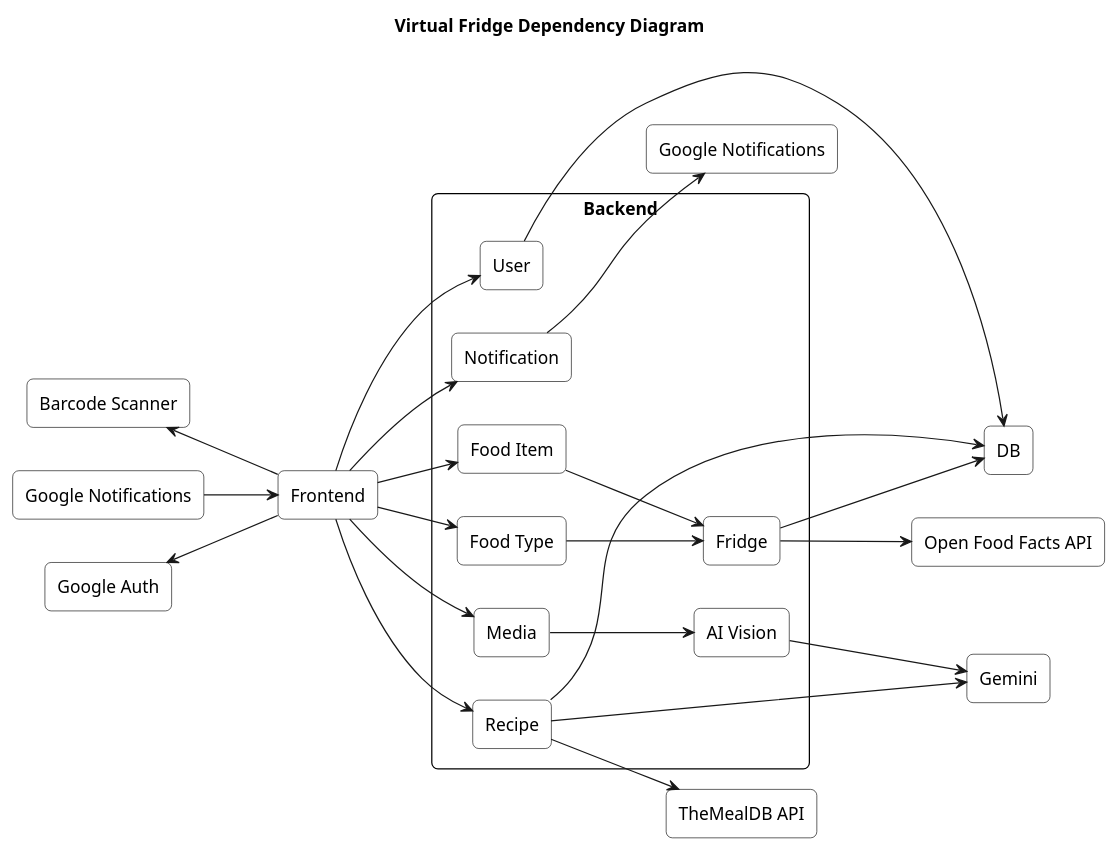
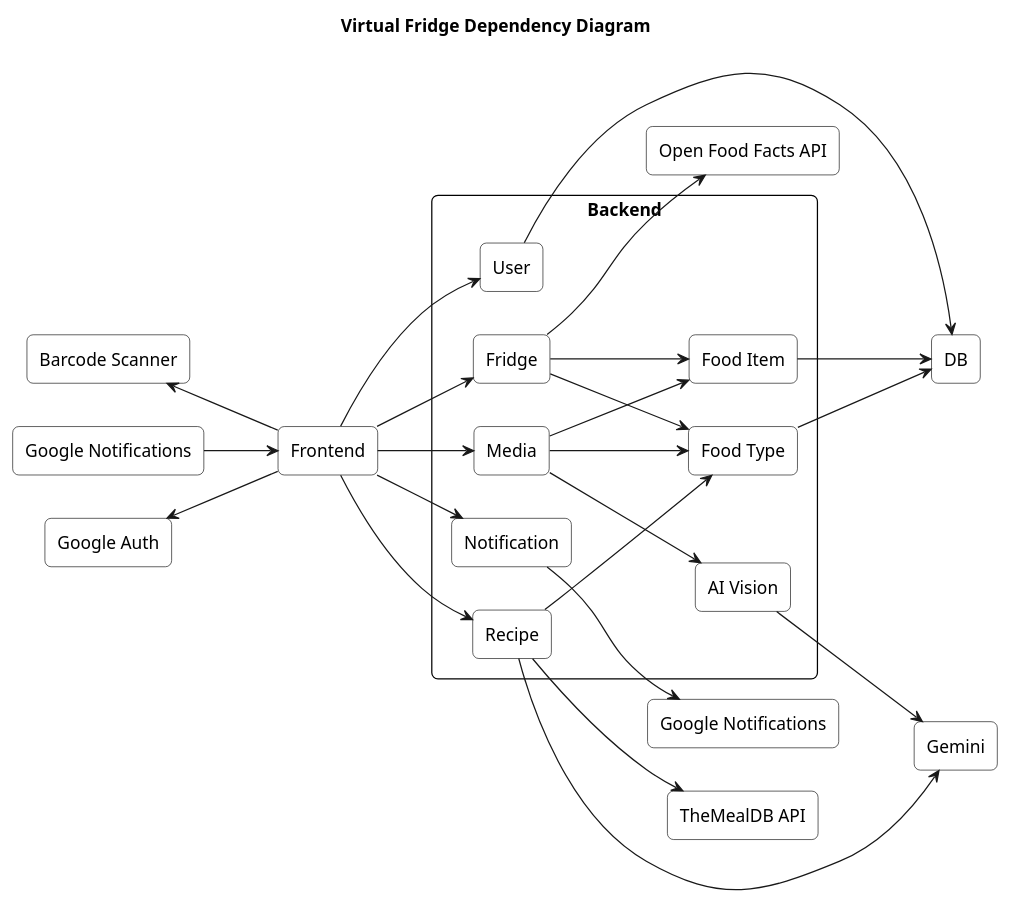
One commit to virtualfridge/virtualfridge changed the diagram in documentation/diagrams/dependencyDiagram.plantuml. Above: the diagram before and after it, drawn with PlantUML. The commit also changed 2 other files, not shown here.

```diff
--- a/documentation/diagrams/dependencyDiagram.plantuml
+++ b/documentation/diagrams/dependencyDiagram.plantuml
@@ -1,66 +1,66 @@
 @startuml
 title Virtual Fridge Dependency Diagram
 left to right direction
 
 skinparam rectangle {
   BackgroundColor white
   BorderColor black
   RoundCorner 10
 }
 
 ' --- External modules on the left ---
 rectangle "Barcode Scanner" as BarcodeScanner
 rectangle "Google Notifications" as GoogleNotifications_Front
 rectangle "Google Auth" as GoogleAuth
 
 ' --- Frontend ---
 rectangle "Frontend" as Frontend
 
 ' --- Backend with internal components ---
 rectangle "Backend" as Backend {
     rectangle "Fridge" as Fridge
 		rectangle "Food Item" as FoodItem 
 		rectangle "Food Type" as FoodType
 		rectangle "AI Vision" as aiVision
 		rectangle "Media" as Media
     rectangle "User" as User
     rectangle "Notification" as Notification
     rectangle "Recipe" as Recipe
 }
 
 ' --- External APIs and DB on the right ---
 rectangle "Open Food Facts API" as OpenFoodFacts
 rectangle "DB" as DB
 rectangle "Google Notifications" as GoogleNotifications_Back
 rectangle "TheMealDB API" as TheMealDB
 rectangle "Gemini" as Gemini
 
 ' --- Connections (Left side to Frontend) ---
 BarcodeScanner <-- Frontend
 GoogleNotifications_Front --> Frontend
 GoogleAuth <-- Frontend
 
 ' --- Frontend to Backend ---
-' Frontend --> Fridge
-Frontend --> FoodItem
-Frontend --> FoodType
-' Frontend --> aiVision
+Frontend --> Fridge
 Frontend --> Media
 Frontend --> User
 Frontend --> Recipe
 Frontend --> Notification
 
 ' --- Backend internal and external connections ---
 Fridge --> OpenFoodFacts
-Fridge --> DB
-FoodItem --> Fridge
-FoodType --> Fridge
+Fridge --> FoodType
+Fridge --> FoodItem
+FoodItem --> DB
+FoodType --> DB
 aiVision --> Gemini
 Media --> aiVision
+Media --> FoodType
+Media --> FoodItem
 User --> DB
-Recipe --> DB
+Recipe --> FoodType
 Recipe --> TheMealDB
 Recipe --> Gemini
 Notification --> GoogleNotifications_Back
 
 @enduml
```
